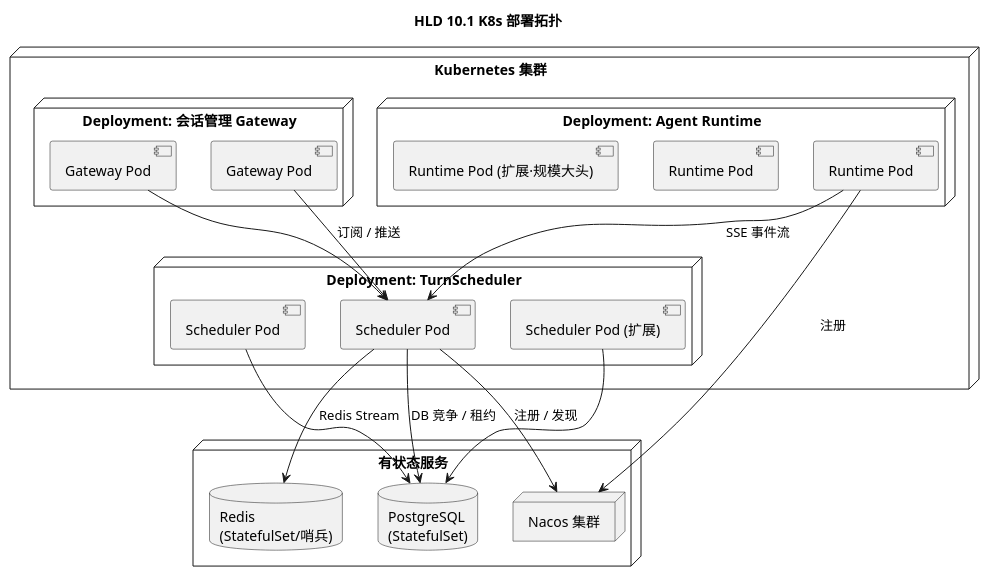
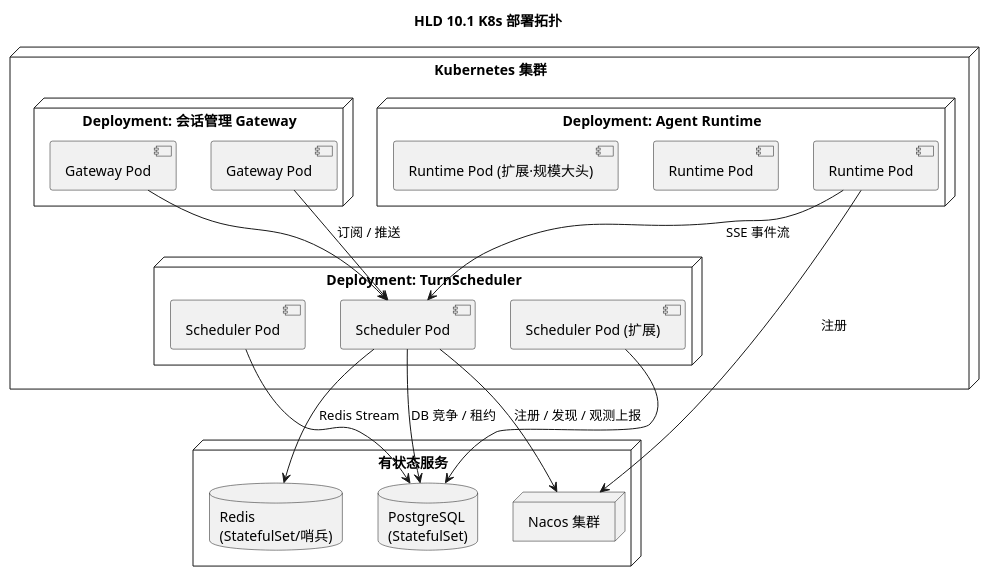
Before and after one commit to JamesLi-NLP/AgentGateway: the seventh of 7 diagrams in design/diagrams/plantuml/turn-scheduler-hld.puml, drawn with PlantUML. The commit also changed other lines of this file and 13 other files, not shown here.

```diff
--- a/design/diagrams/plantuml/turn-scheduler-hld.puml
+++ b/design/diagrams/plantuml/turn-scheduler-hld.puml
@@ -248,38 +253,38 @@
 @startuml hld-101-deployment
 title HLD 10.1 K8s 部署拓扑
 skinparam backgroundColor white
 skinparam defaultFontName "Microsoft YaHei"
 
 node "Kubernetes 集群" as K8S {
   node "Deployment: 会话管理 Gateway" as DGW {
     component "Gateway Pod" as GW1
     component "Gateway Pod" as GW2
   }
   node "Deployment: TurnScheduler" as DTS {
     component "Scheduler Pod" as TS1
     component "Scheduler Pod" as TS2
     component "Scheduler Pod (扩展)" as TS3
   }
   node "Deployment: Agent Runtime" as DRT {
     component "Runtime Pod" as RT1
     component "Runtime Pod" as RT2
     component "Runtime Pod (扩展·规模大头)" as RT3
   }
 }
 
 node "有状态服务" as STS {
   database "PostgreSQL\n(StatefulSet)" as PG
   database "Redis\n(StatefulSet/哨兵)" as RD
   node "Nacos 集群" as NC
 }
 
 TS1 --> PG : DB 竞争 / 租约
 TS2 --> PG
 TS3 --> PG
 TS1 --> RD : Redis Stream
-TS1 --> NC : 注册 / 发现
+TS1 --> NC : 注册 / 发现 / 观测上报
 RT1 --> NC : 注册
 RT1 --> TS1 : SSE 事件流
 GW1 --> TS1 : 订阅 / 推送
 GW2 --> TS1
 @enduml
```
